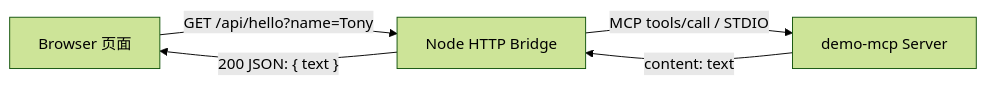
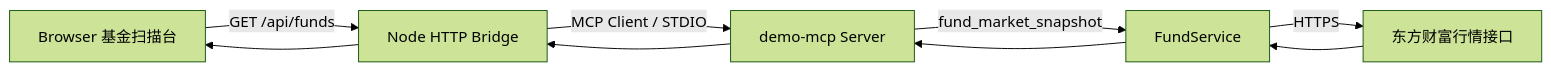
Before and after one commit to Antony-Juicy/fund-market-radar: the diagram in docs/mcp-web-chain.md, drawn with Mermaid (forest theme). The commit also changed other lines of this file and 36 other files, not shown here.

Commit message:
build real fund market radar

````diff
--- a/docs/mcp-web-chain.md
+++ b/docs/mcp-web-chain.md
@@ -11,7 +10,8 @@
 ```mermaid
 flowchart LR
-    A["Browser 页面"] -->|"GET /api/hello?name=Tony"| B["Node HTTP Bridge"]
-    B -->|"MCP tools/call / STDIO"| C["demo-mcp Server"]
-    C -->|"content: text"| B
-    B -->|"200 JSON: { text }"| A
+    A["Browser 基金扫描台"] -->|"GET /api/funds"| B["Node HTTP Bridge"]
+    B -->|"MCP Client / STDIO"| C["demo-mcp Server"]
+    C -->|"fund_market_snapshot"| D["FundService"]
+    D -->|"HTTPS"| E["东方财富行情接口"]
+    E --> D --> C --> B --> A
 ```
````
